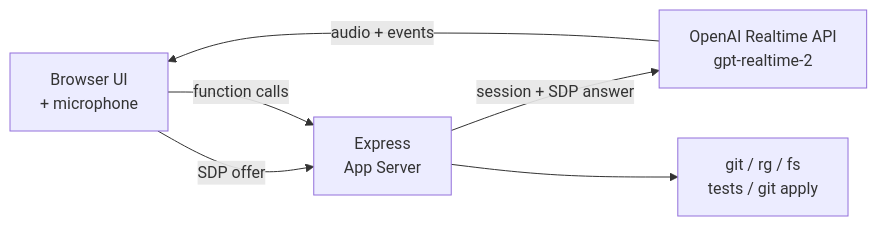
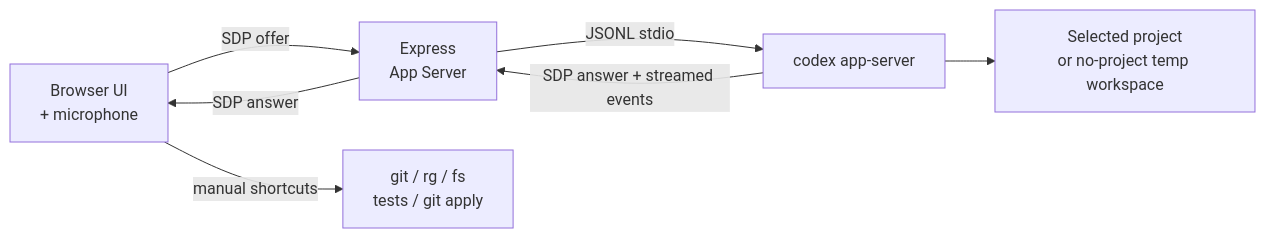
One commit to ethannjw/voice-assistant changed the diagram in README.md. Above: the diagram before and after it, drawn with Mermaid. The commit also changed other lines of this file and 6 other files, not shown here.

Commit message:
Use Codex App Server for realtime sessions

````diff
--- a/README.md
+++ b/README.md
@@ -239,8 +270,9 @@
 ```mermaid
 flowchart LR
   Browser["Browser UI<br/>+ microphone"] -->|SDP offer| Server["Express<br/>App Server"]
-  Server -->|session + SDP answer| Realtime["OpenAI Realtime API<br/>gpt-realtime-2"]
-  Realtime -->|audio + events| Browser
-  Browser -->|function calls| Server
-  Server --> Tools["git / rg / fs<br/>tests / git apply"]
+  Server -->|JSONL stdio| Codex["codex app-server"]
+  Codex -->|SDP answer + streamed events| Server
+  Server -->|SDP answer| Browser
+  Codex --> Workspace["Selected project<br/>or no-project temp workspace"]
+  Browser -->|manual shortcuts| Tools["git / rg / fs<br/>tests / git apply"]
 ```
````
